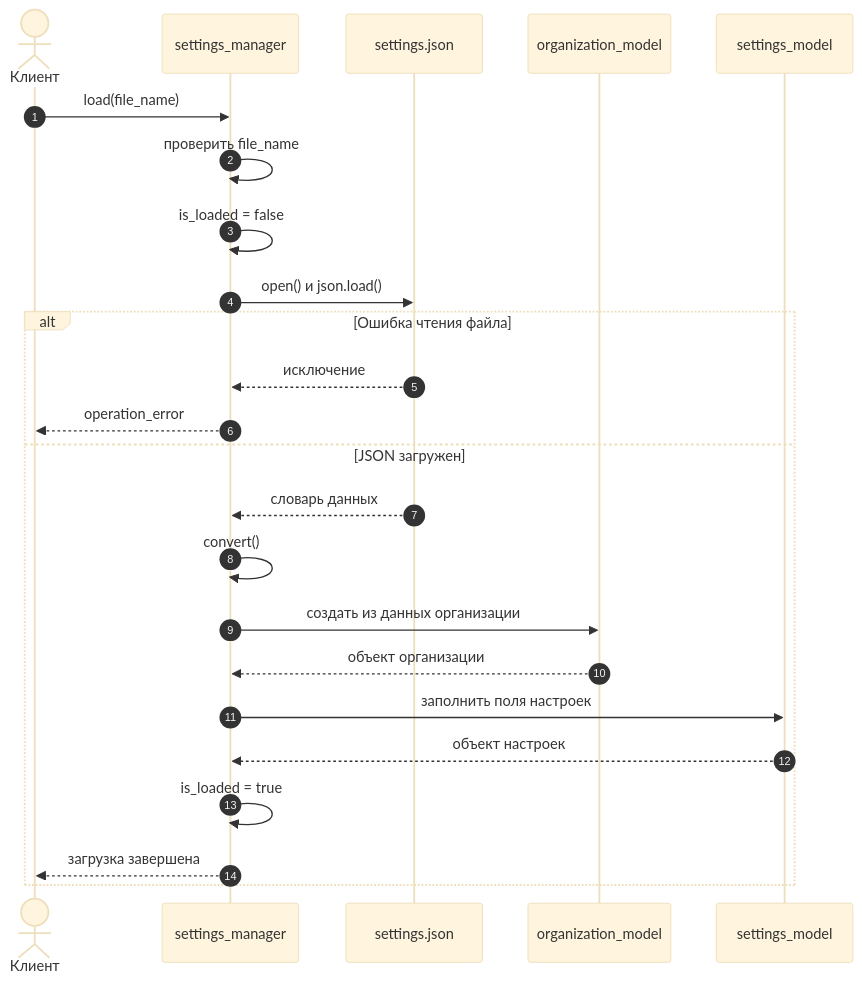
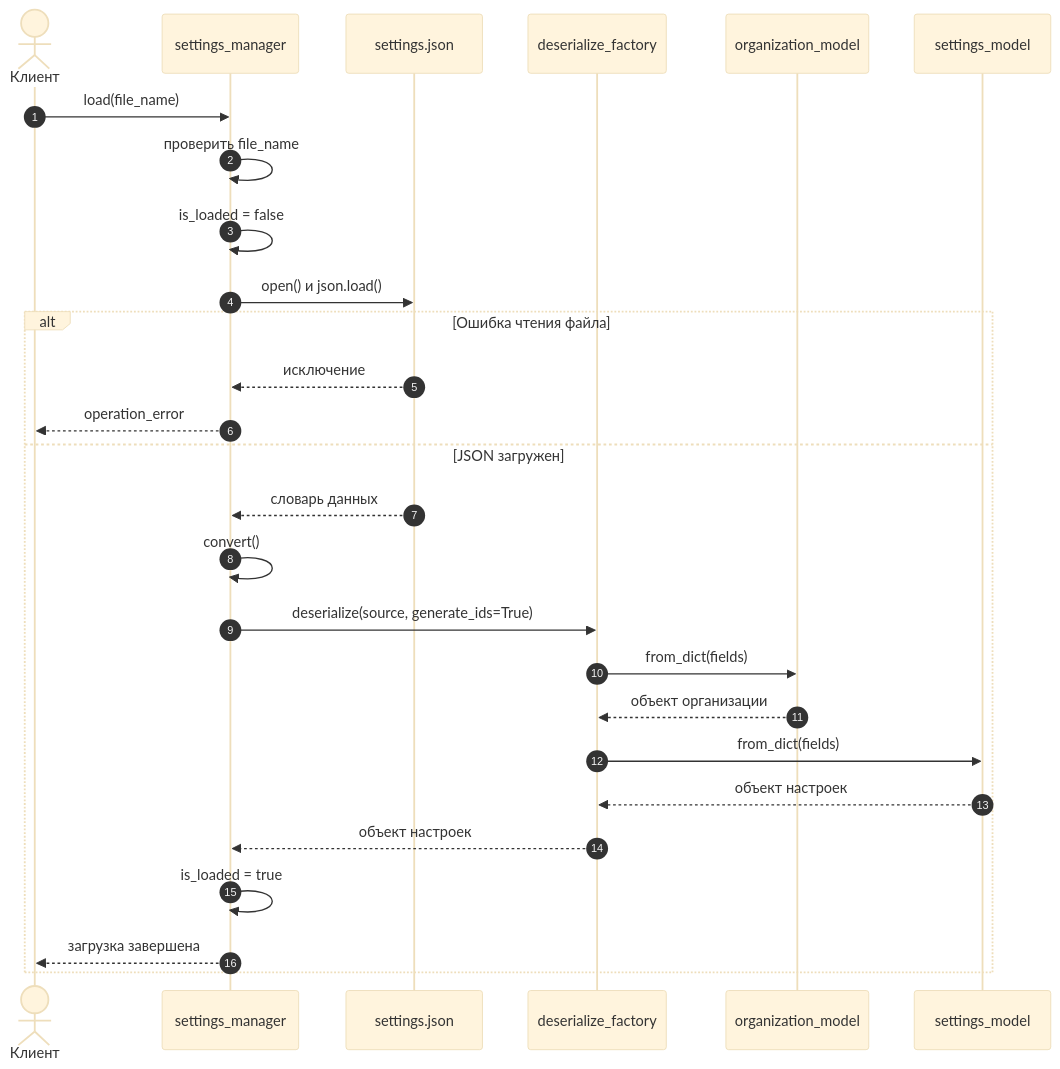
One commit to NikShep21/patterns2026 changed the second of 2 diagrams in Docs/UML/SettingsManager.md. Above: the diagram before and after it, drawn with Mermaid (base theme). The commit also changed other lines of this file and 5 other files, not shown here.

Commit message:
document the API and update UML diagrams

````diff
--- a/Docs/UML/SettingsManager.md
+++ b/Docs/UML/SettingsManager.md
@@ -91,28 +99,31 @@
 ```mermaid
 sequenceDiagram
     autonumber
     actor Client as Клиент
     participant Manager as settings_manager
     participant File as settings.json
+    participant Factory as deserialize_factory
     participant Organization as organization_model
     participant Settings as settings_model
 
     Client->>Manager: load(file_name)
     Manager->>Manager: проверить file_name
     Manager->>Manager: is_loaded = false
     Manager->>File: open() и json.load()
 
     alt Ошибка чтения файла
         File-->>Manager: исключение
         Manager-->>Client: operation_error
     else JSON загружен
         File-->>Manager: словарь данных
         Manager->>Manager: convert()
-        Manager->>Organization: создать из данных организации
-        Organization-->>Manager: объект организации
-        Manager->>Settings: заполнить поля настроек
-        Settings-->>Manager: объект настроек
+        Manager->>Factory: deserialize(source, generate_ids=True)
+        Factory->>Organization: from_dict(fields)
+        Organization-->>Factory: объект организации
+        Factory->>Settings: from_dict(fields)
+        Settings-->>Factory: объект настроек
+        Factory-->>Manager: объект настроек
         Manager->>Manager: is_loaded = true
         Manager-->>Client: загрузка завершена
     end
 ```
````
